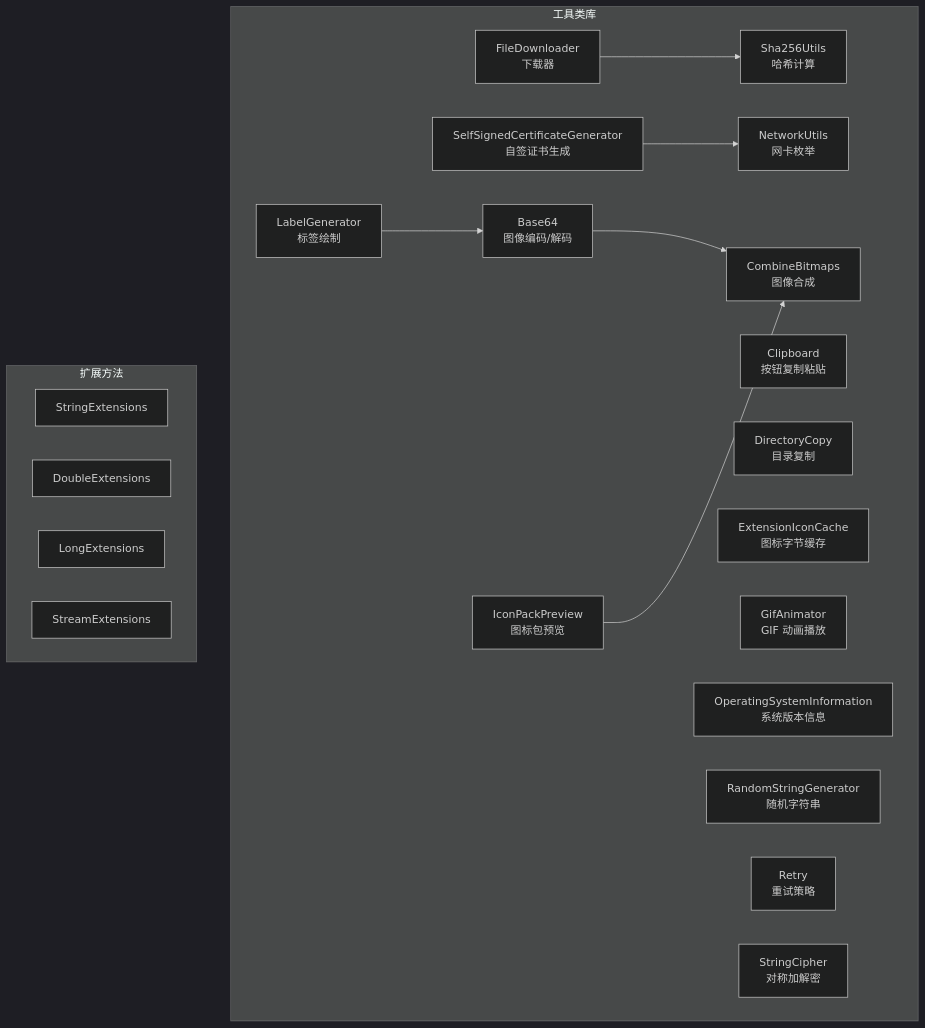
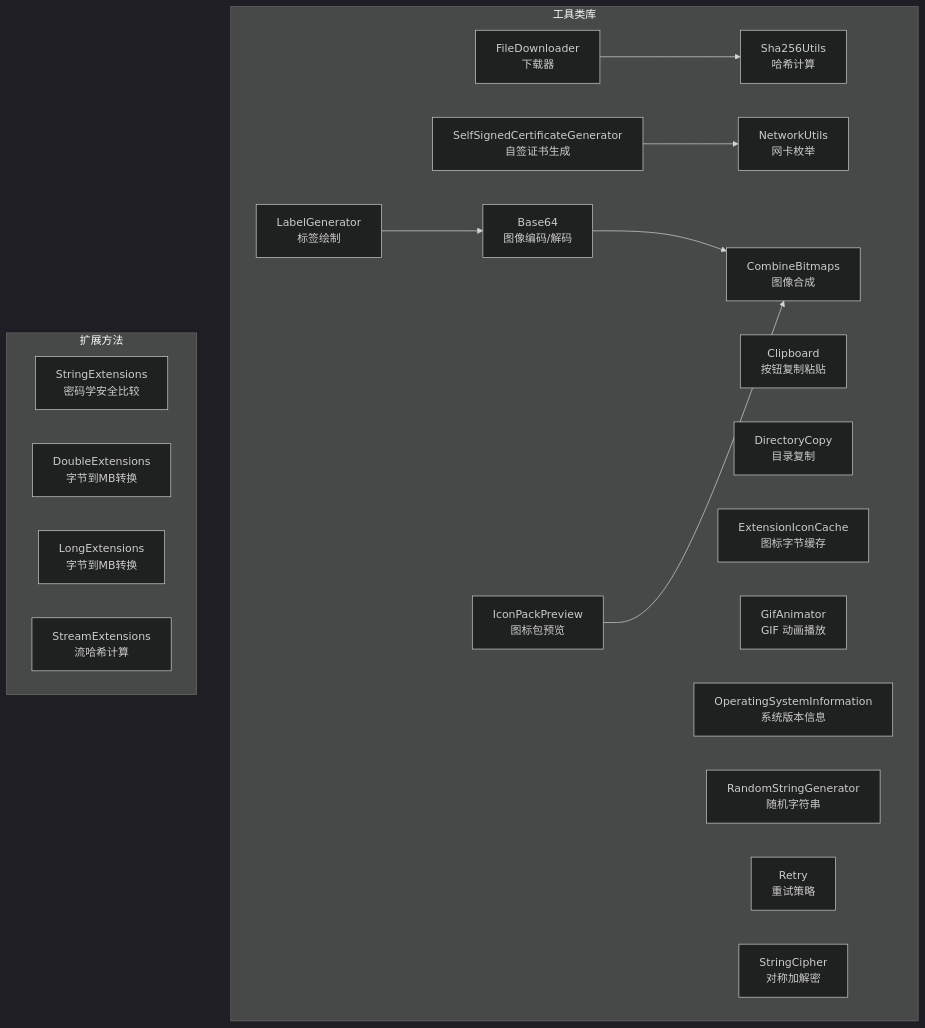
One commit to tea4go/Macro-Deck changed the first of 17 diagrams in .qoder/repowiki/zh/content/工具类库/工具类库.md. Above: the diagram before and after it, drawn with Mermaid (dark theme). The commit also changed other lines of this file and 33 other files, not shown here.

````diff
--- a/.qoder/repowiki/zh/content/工具类库/工具类库.md
+++ b/.qoder/repowiki/zh/content/工具类库/工具类库.md
@@ -48,32 +58,32 @@
 ```mermaid
 graph TB
 subgraph "工具类库"
 U1["Base64<br/>图像编码/解码"]
 U2["Clipboard<br/>按钮复制粘贴"]
 U3["CombineBitmaps<br/>图像合成"]
 U4["DirectoryCopy<br/>目录复制"]
 U5["ExtensionIconCache<br/>图标字节缓存"]
 U6["FileDownloader<br/>下载器"]
 U7["GifAnimator<br/>GIF 动画播放"]
 U8["IconPackPreview<br/>图标包预览"]
 U9["LabelGenerator<br/>标签绘制"]
 U10["NetworkUtils<br/>网卡枚举"]
 U11["OperatingSystemInformation<br/>系统版本信息"]
 U12["RandomStringGenerator<br/>随机字符串"]
 U13["Retry<br/>重试策略"]
 U14["SelfSignedCertificateGenerator<br/>自签证书生成"]
 U15["Sha256Utils<br/>哈希计算"]
 U16["StringCipher<br/>对称加解密"]
 end
 subgraph "扩展方法"
-E1["StringExtensions"]
-E2["DoubleExtensions"]
-E3["LongExtensions"]
-E4["StreamExtensions"]
+E1["StringExtensions<br/>密码学安全比较"]
+E2["DoubleExtensions<br/>字节到MB转换"]
+E3["LongExtensions<br/>字节到MB转换"]
+E4["StreamExtensions<br/>流哈希计算"]
 end
 U6 --> U15
 U14 --> U10
 U1 --> U3
 U8 --> U3
 U9 --> U1
 ```
````
